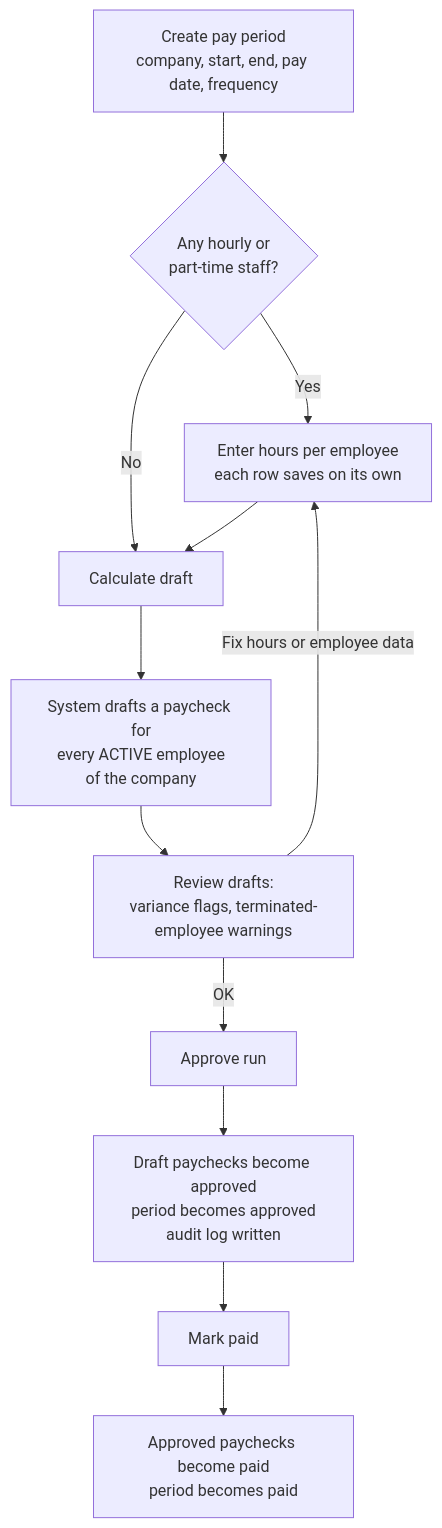
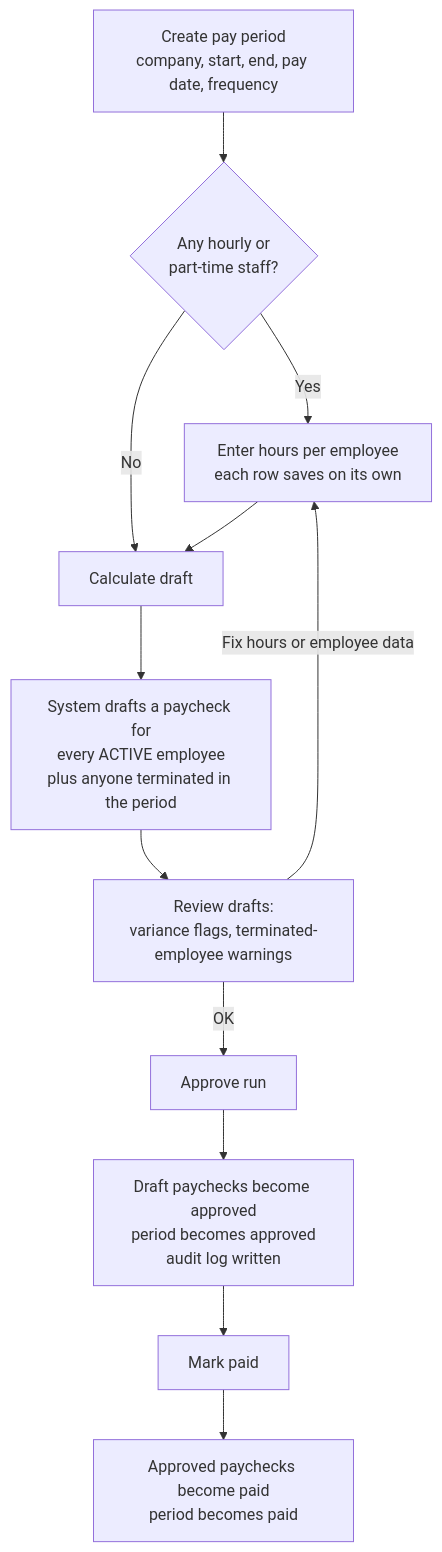
The third of 9 diagrams in docs/PROCESS-FLOW.md (khorjak/vibes-payroll), drawn with Mermaid before and after one commit. The commit also changed other lines of this file and 8 other files, not shown here.

First line of the commit message:
feat: draft final paycheck automatically for terminated employees

````diff
--- a/docs/PROCESS-FLOW.md
+++ b/docs/PROCESS-FLOW.md
@@ -63,14 +63,14 @@
 ```mermaid
 flowchart TD
     S1[Create pay period<br/>company, start, end, pay date, frequency] --> S2{Any hourly or<br/>part-time staff?}
     S2 -->|Yes| S3[Enter hours per employee<br/>each row saves on its own]
     S2 -->|No| S4
     S3 --> S4[Calculate draft]
-    S4 --> S5[System drafts a paycheck for<br/>every ACTIVE employee<br/>of the company]
+    S4 --> S5[System drafts a paycheck for<br/>every ACTIVE employee<br/>plus anyone terminated in the period]
     S5 --> S6[Review drafts:<br/>variance flags, terminated-employee warnings]
     S6 -->|Fix hours or employee data| S3
     S6 -->|OK| S7[Approve run]
     S7 --> S8[Draft paychecks become approved<br/>period becomes approved<br/>audit log written]
     S8 --> S9[Mark paid]
     S9 --> S10[Approved paychecks become paid<br/>period becomes paid]
 ```
````
